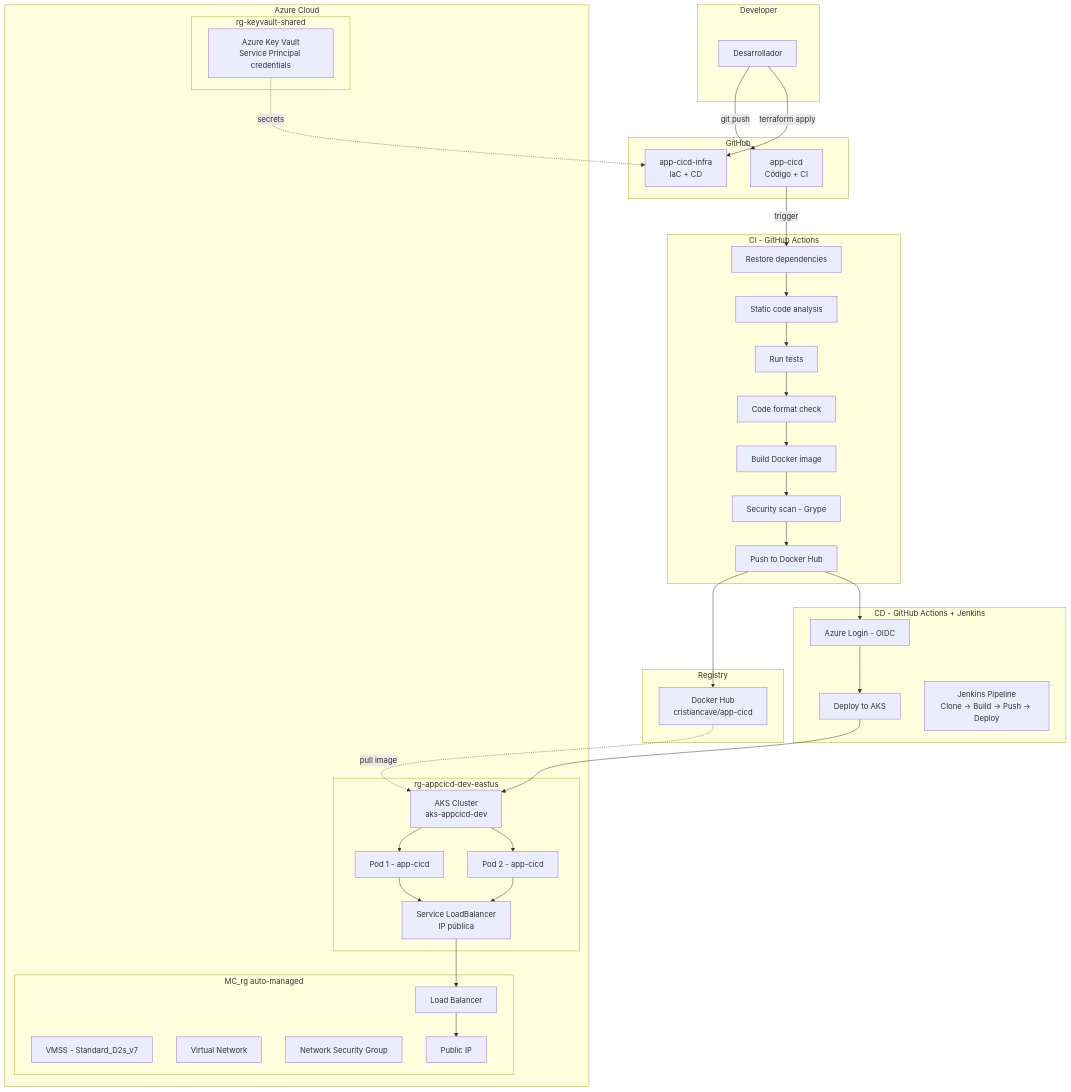
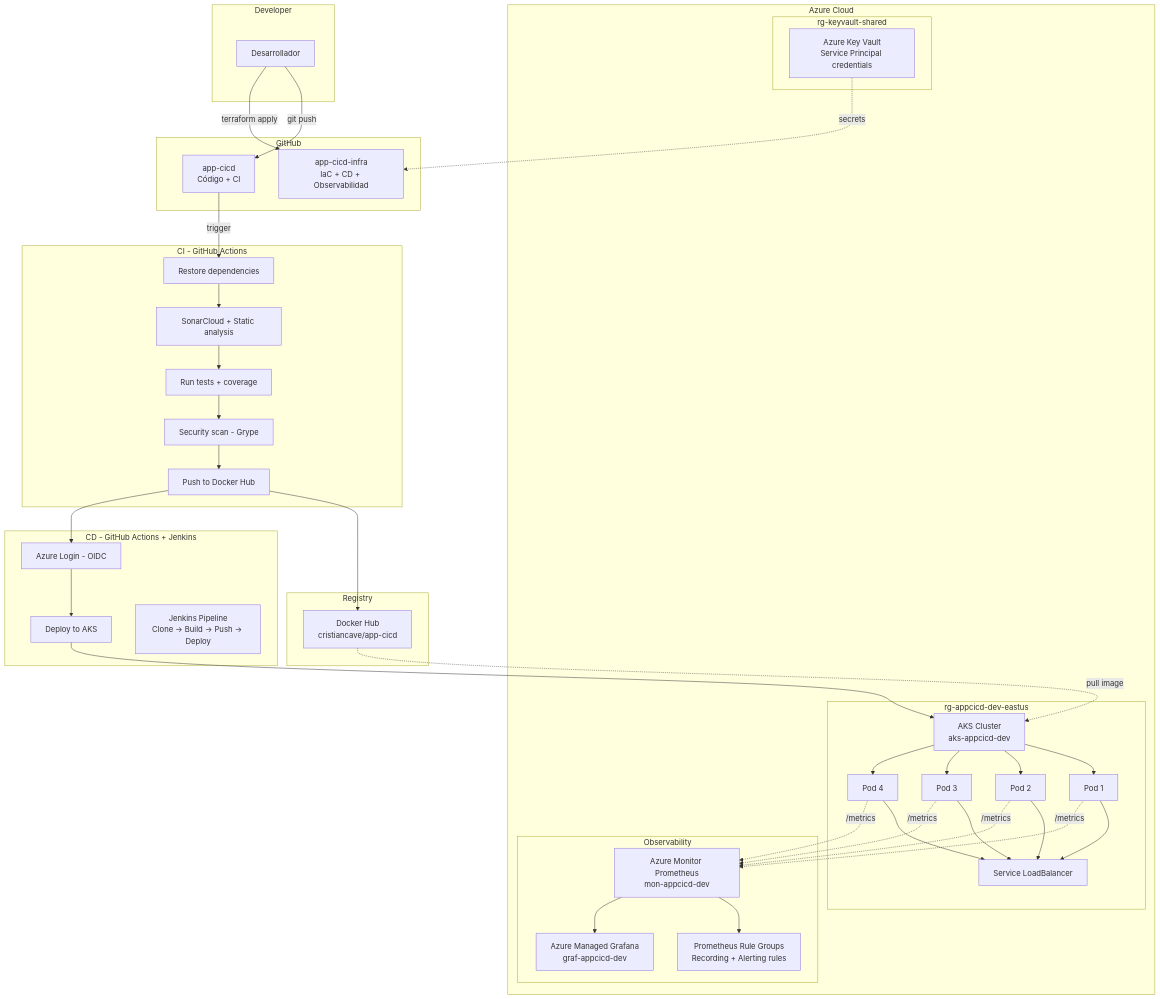
Before and after one commit to cristiancave/app-cicd-infra: the diagram in README.md, drawn with Mermaid. The commit also changed other lines of this file and 1 other file, not shown here.

Commit message:
docs: update README with observability, Bicep rules, Grafana dashboard and SLOs

````diff
--- a/README.md
+++ b/README.md
@@ -20,63 +20,63 @@
 ```mermaid
 flowchart TB
     subgraph Developer
         DEV[Desarrollador]
     end
 
     subgraph GitHub
         REPO_APP[app-cicd<br>Código + CI]
-        REPO_INFRA[app-cicd-infra<br>IaC + CD]
+        REPO_INFRA[app-cicd-infra<br>IaC + CD + Observabilidad]
     end
 
     subgraph "CI - GitHub Actions"
         RESTORE[Restore dependencies]
-        BUILD_CI[Static code analysis]
-        TEST[Run tests]
-        FORMAT[Code format check]
+        BUILD_CI[SonarCloud + Static analysis]
+        TEST[Run tests + coverage]
         GRYPE[Security scan - Grype]
-        DOCKER_BUILD[Build Docker image]
         DOCKER_PUSH[Push to Docker Hub]
     end
 
     subgraph "CD - GitHub Actions + Jenkins"
         OIDC[Azure Login - OIDC]
         AKS_DEPLOY[Deploy to AKS]
         JENKINS[Jenkins Pipeline<br>Clone → Build → Push → Deploy]
     end
 
     subgraph "Azure Cloud"
         subgraph "rg-keyvault-shared"
             KV[Azure Key Vault<br>Service Principal credentials]
         end
         subgraph "rg-appcicd-dev-eastus"
             AKS[AKS Cluster<br>aks-appcicd-dev]
-            POD1[Pod 1 - app-cicd]
-            POD2[Pod 2 - app-cicd]
-            SVC[Service LoadBalancer<br>IP pública]
+            POD1[Pod 1]
+            POD2[Pod 2]
+            POD3[Pod 3]
+            POD4[Pod 4]
+            SVC[Service LoadBalancer]
         end
-        subgraph "MC_rg auto-managed"
-            VMSS[VMSS - Standard_D2s_v7]
-            VNET[Virtual Network]
-            NSG[Network Security Group]
-            LB[Load Balancer]
-            IP[Public IP]
+        subgraph "Observability"
+            PROM[Azure Monitor Prometheus<br>mon-appcicd-dev]
+            GRAF[Azure Managed Grafana<br>graf-appcicd-dev]
+            RULES[Prometheus Rule Groups<br>Recording + Alerting rules]
         end
     end
 
     subgraph Registry
         DH[Docker Hub<br>cristiancave/app-cicd]
     end
 
     DEV -->|git push| REPO_APP
     DEV -->|terraform apply| REPO_INFRA
     REPO_APP -->|trigger| RESTORE
-    RESTORE --> BUILD_CI --> TEST --> FORMAT --> DOCKER_BUILD --> GRYPE --> DOCKER_PUSH
+    RESTORE --> BUILD_CI --> TEST --> GRYPE --> DOCKER_PUSH
     DOCKER_PUSH --> DH
     DOCKER_PUSH --> OIDC --> AKS_DEPLOY
     AKS_DEPLOY --> AKS
-    AKS --> POD1 & POD2
-    POD1 & POD2 --> SVC
-    SVC --> LB --> IP
+    AKS --> POD1 & POD2 & POD3 & POD4
+    POD1 & POD2 & POD3 & POD4 --> SVC
+    POD1 & POD2 & POD3 & POD4 -.->|/metrics| PROM
+    PROM --> RULES
+    PROM --> GRAF
     KV -.->|secrets| REPO_INFRA
     DH -.->|pull image| AKS
 ```
````
